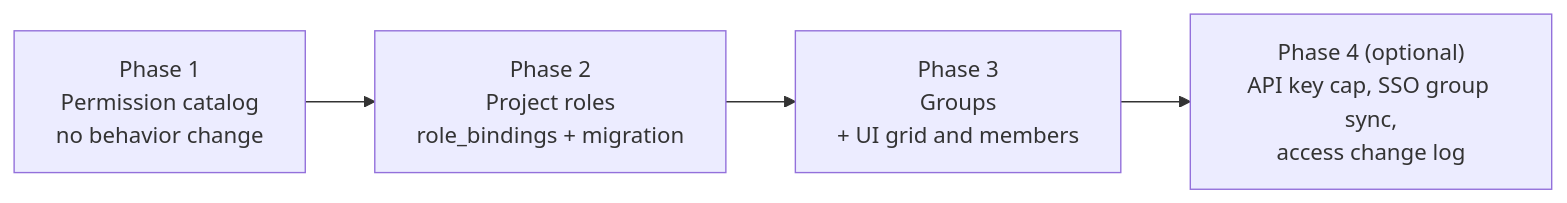
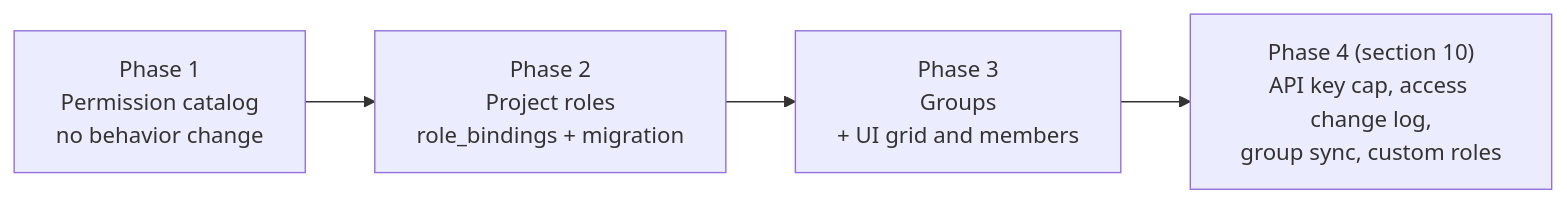
Before and after one commit to PiwiTests/platform: the sixth of 8 diagrams in proposals/roles-and-groups.md, drawn with Mermaid. The commit also changed other lines of this file, not shown here.

First line of the commit message:
docs(auth): detail phase 4 of the roles proposal

````diff
--- a/proposals/roles-and-groups.md
+++ b/proposals/roles-and-groups.md
@@ -315,6 +315,6 @@
 ```mermaid
 flowchart LR
   P1["Phase 1<br/>Permission catalog<br/>no behavior change"] --> P2["Phase 2<br/>Project roles<br/>role_bindings + migration"]
   P2 --> P3["Phase 3<br/>Groups<br/>+ UI grid and members"]
-  P3 --> P4["Phase 4 (optional)<br/>API key cap, SSO group sync,<br/>access change log"]
+  P3 --> P4["Phase 4 (section 10)<br/>API key cap, access change log,<br/>group sync, custom roles"]
 ```
````
